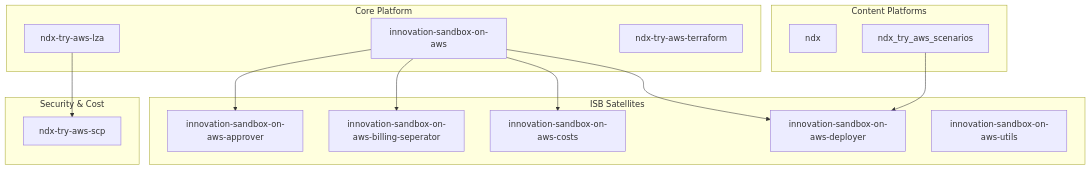
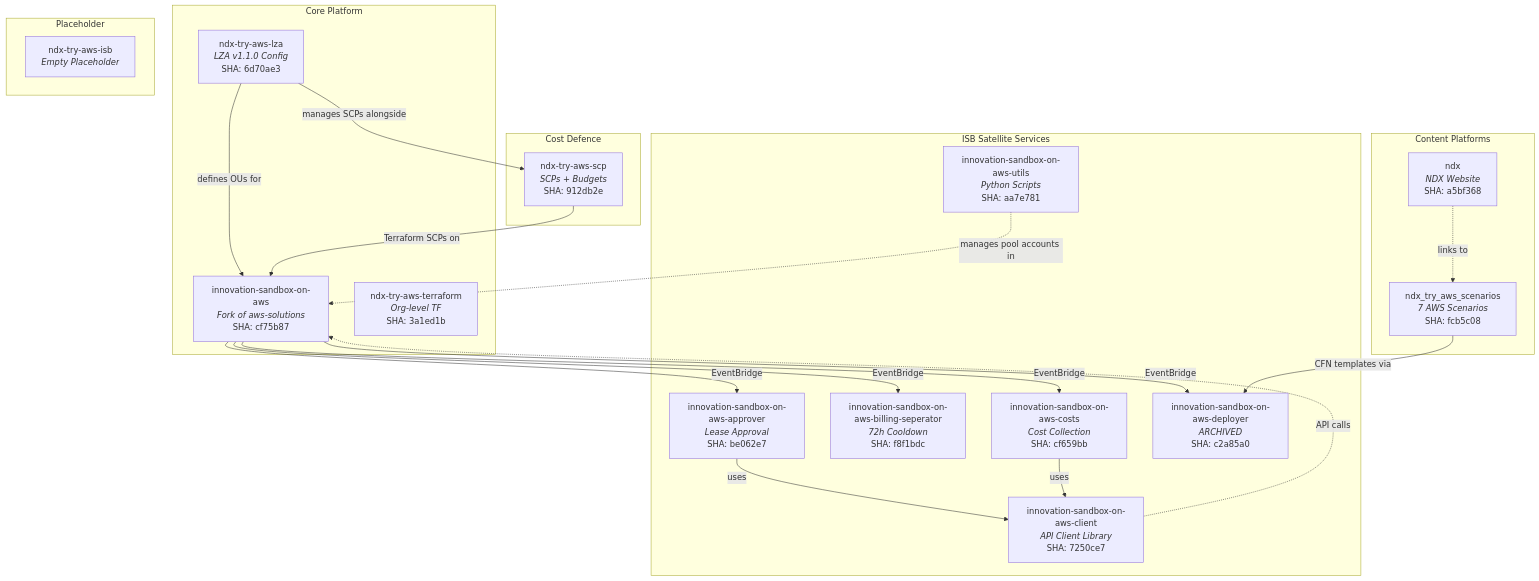
Before and after one commit to co-cddo/ndx-try-arch: the diagram in docs/00-repo-inventory.md, drawn with Mermaid. The commit also changed other lines of this file and 41 other files, not shown here.

First line of the commit message:
docs: update NDX architecture documentation (#9)

````diff
--- a/docs/00-repo-inventory.md
+++ b/docs/00-repo-inventory.md
@@ -496,32 +231,44 @@
 ```mermaid
 flowchart TB
-    subgraph "Core Platform"
-        ISB[innovation-sandbox-on-aws]
-        LZA[ndx-try-aws-lza]
-        TF[ndx-try-aws-terraform]
+    subgraph core["Core Platform"]
+        ISB["innovation-sandbox-on-aws<br/><i>Fork of aws-solutions</i><br/>SHA: cf75b87"]
+        LZA["ndx-try-aws-lza<br/><i>LZA v1.1.0 Config</i><br/>SHA: 6d70ae3"]
+        TF["ndx-try-aws-terraform<br/><i>Org-level TF</i><br/>SHA: 3a1ed1b"]
     end
 
-    subgraph "ISB Satellites"
-        APPROVER[innovation-sandbox-on-aws-approver]
-        BILLING[innovation-sandbox-on-aws-billing-seperator]
-        COSTS[innovation-sandbox-on-aws-costs]
-        DEPLOYER[innovation-sandbox-on-aws-deployer]
-        UTILS[innovation-sandbox-on-aws-utils]
+    subgraph satellites["ISB Satellite Services"]
+        CLIENT["innovation-sandbox-on-aws-client<br/><i>API Client Library</i><br/>SHA: 7250ce7"]
+        APPROVER["innovation-sandbox-on-aws-approver<br/><i>Lease Approval</i><br/>SHA: be062e7"]
+        BILLING["innovation-sandbox-on-aws-billing-seperator<br/><i>72h Cooldown</i><br/>SHA: f8f1bdc"]
+        COSTS["innovation-sandbox-on-aws-costs<br/><i>Cost Collection</i><br/>SHA: cf659bb"]
+        DEPLOYER["innovation-sandbox-on-aws-deployer<br/><i>ARCHIVED</i><br/>SHA: c2a85a0"]
+        UTILS["innovation-sandbox-on-aws-utils<br/><i>Python Scripts</i><br/>SHA: aa7e781"]
     end
 
-    subgraph "Content Platforms"
-        NDX[ndx]
-        SCENARIOS[ndx_try_aws_scenarios]
+    subgraph content["Content Platforms"]
+        NDX["ndx<br/><i>NDX Website</i><br/>SHA: a5bf368"]
+        SCENARIOS["ndx_try_aws_scenarios<br/><i>7 AWS Scenarios</i><br/>SHA: fcb5c08"]
     end
 
-    subgraph "Security & Cost"
-        SCP[ndx-try-aws-scp]
+    subgraph costdefence["Cost Defence"]
+        SCP["ndx-try-aws-scp<br/><i>SCPs + Budgets</i><br/>SHA: 912db2e"]
     end
 
-    ISB --> APPROVER
-    ISB --> BILLING
-    ISB --> COSTS
-    ISB --> DEPLOYER
-    SCENARIOS --> DEPLOYER
-    LZA --> SCP
+    subgraph legacy["Placeholder"]
+        ISB_PH["ndx-try-aws-isb<br/><i>Empty Placeholder</i>"]
+    end
+
+    ISB -->|EventBridge| APPROVER
+    ISB -->|EventBridge| COSTS
+    ISB -->|EventBridge| DEPLOYER
+    ISB -->|EventBridge| BILLING
+    CLIENT -.->|API calls| ISB
+    APPROVER -->|uses| CLIENT
+    COSTS -->|uses| CLIENT
+    SCENARIOS -->|CFN templates via| DEPLOYER
+    LZA -->|defines OUs for| ISB
+    LZA -->|manages SCPs alongside| SCP
+    SCP -->|Terraform SCPs on| ISB
+    NDX -.->|links to| SCENARIOS
+    UTILS -.->|manages pool accounts in| ISB
 ```
````
